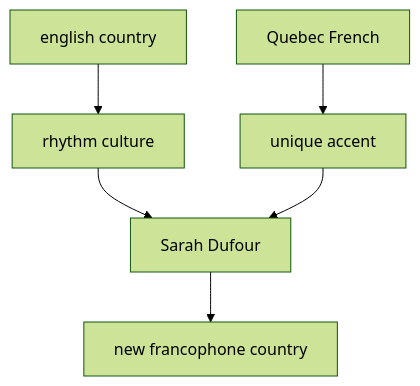
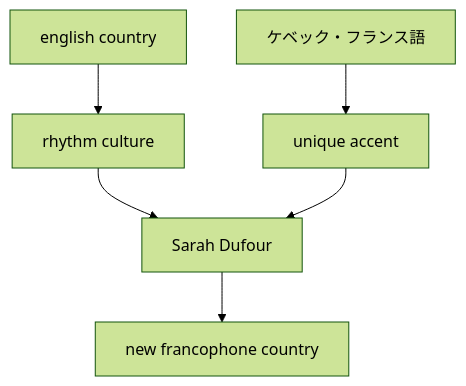
Before and after one commit to monumental-movement/monumental-movement.github.io: the seventh of 9 diagrams in en/_posts/2026-05-09-column-sarah-dufour.md, drawn with Mermaid (forest theme). The commit also changed other lines of this file and 1012 other files, not shown here.

```diff
--- a/en/_posts/2026-05-09-column-sarah-dufour.md
+++ b/en/_posts/2026-05-09-column-sarah-dufour.md
@@ -291,10 +291,10 @@
 <div class="mermaid">
 graph TD
 A[english country] --> C[rhythm culture]
-B[Quebec French] --> D[unique accent]
+B[ケベック・フランス語] --> D[unique accent]
 
 C --> E[Sarah Dufour]
 D --> E
 
 E --> F[new francophone country]
 </div>
```
